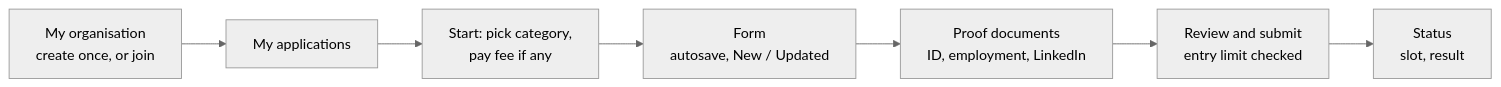
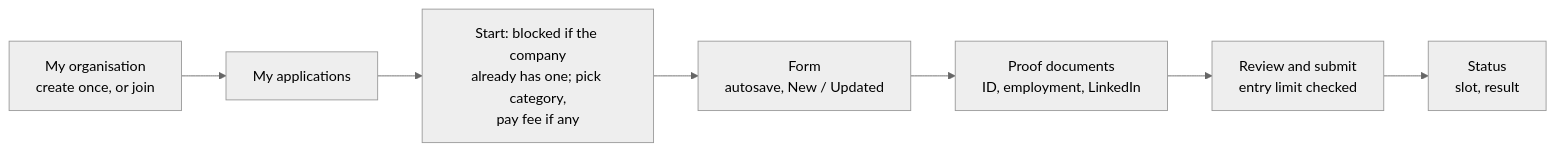
Before and after one commit to sumitdwivedi01/EigthyAwards: the third of 7 diagrams in docs/ui/README.md, drawn with Mermaid (neutral theme). The commit also changed other lines of this file and 13 other files, not shown here.

First line of the commit message:
docs: phase 0.6 - one application per organisation, blocked at the start

````diff
--- a/docs/ui/README.md
+++ b/docs/ui/README.md
@@ -51,4 +51,4 @@
 ```mermaid
 flowchart LR
-    A1["My organisation<br/>create once, or join"] --> A2["My applications"] --> A3["Start: pick category,<br/>pay fee if any"] --> A4["Form<br/>autosave, New / Updated"] --> A5["Proof documents<br/>ID, employment, LinkedIn"] --> A6["Review and submit<br/>entry limit checked"] --> A7["Status<br/>slot, result"]
+    A1["My organisation<br/>create once, or join"] --> A2["My applications"] --> A3["Start: blocked if the company<br/>already has one; pick category,<br/>pay fee if any"] --> A4["Form<br/>autosave, New / Updated"] --> A5["Proof documents<br/>ID, employment, LinkedIn"] --> A6["Review and submit<br/>entry limit checked"] --> A7["Status<br/>slot, result"]
 ```
````
